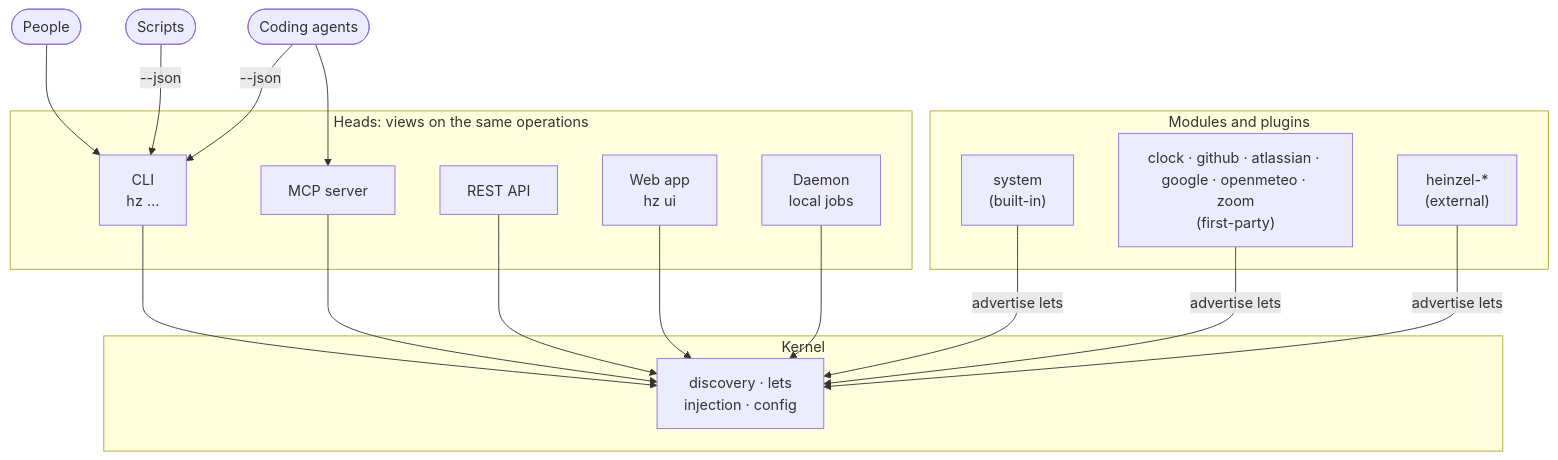
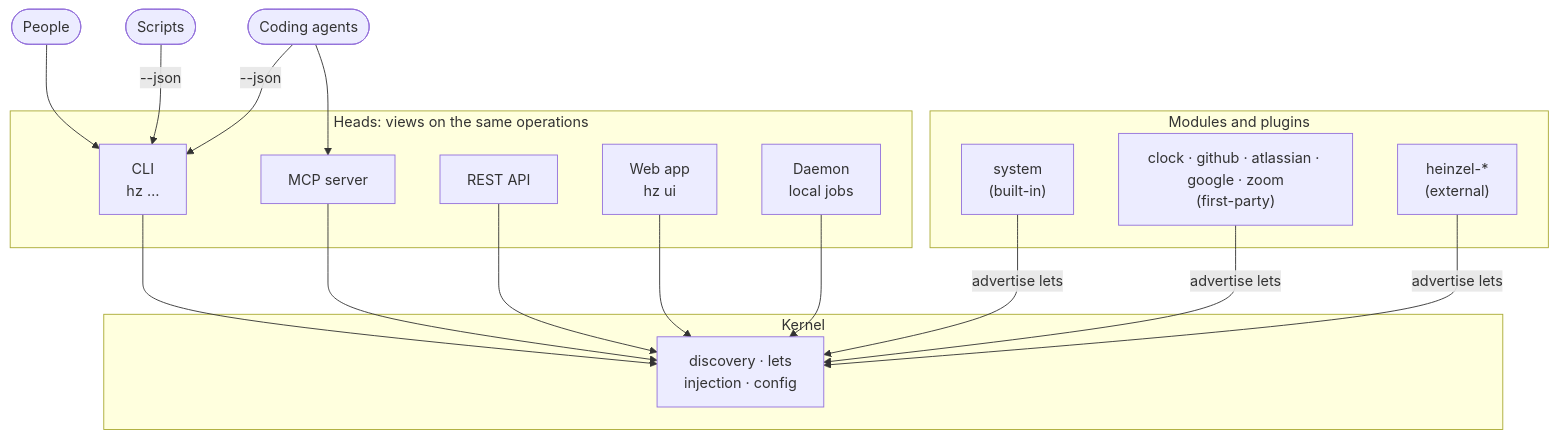
One commit to helmut-hoffer-von-ankershoffen/heinzel changed the diagram in README.md. Above: the diagram before and after it, drawn with Mermaid. The commit also changed other lines of this file and 51 other files, not shown here.

````diff
--- a/README.md
+++ b/README.md
@@ -132,24 +132,24 @@
 ```mermaid
 flowchart TB
     People(["People"]) --> CLI
     Scripts(["Scripts"]) -- "--json" --> CLI
     Agents(["Coding agents"]) -- "--json" --> CLI
     Agents --> MCP
     subgraph Heads["Heads: views on the same operations"]
         CLI["CLI<br/>hz …"]
         MCP["MCP server"]
         REST["REST API"]
         Web["Web app<br/>hz ui"]
         Daemon["Daemon<br/>local jobs"]
     end
     subgraph Kernel["Kernel"]
         Core["discovery · lets<br/>injection · config"]
     end
     subgraph Modules["Modules and plugins"]
         System["system<br/>(built-in)"]
-        Clock["clock · github · atlassian · google · openmeteo · zoom<br/>(first-party)"]
+        Clock["clock · github · atlassian · google · zoom<br/>(first-party)"]
         Ext["heinzel-*<br/>(external)"]
     end
     CLI & MCP & REST & Web & Daemon --> Core
     System & Clock & Ext -- "advertise lets" --> Core
 ```
````
